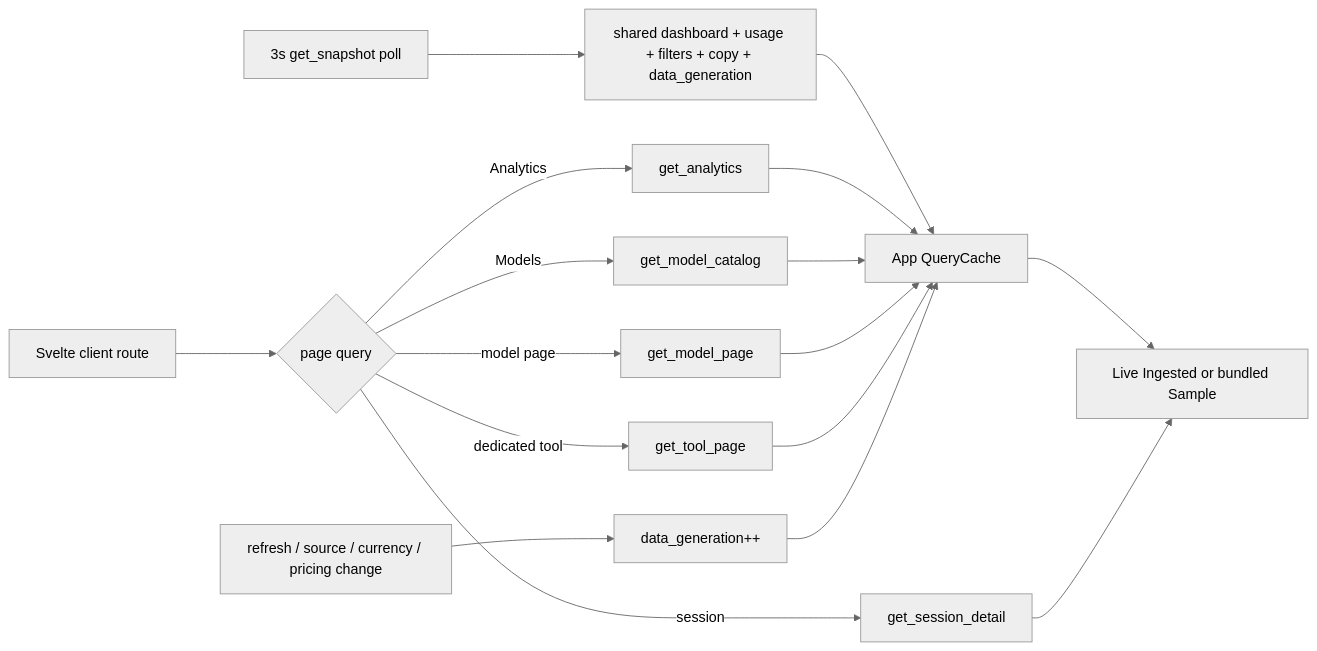
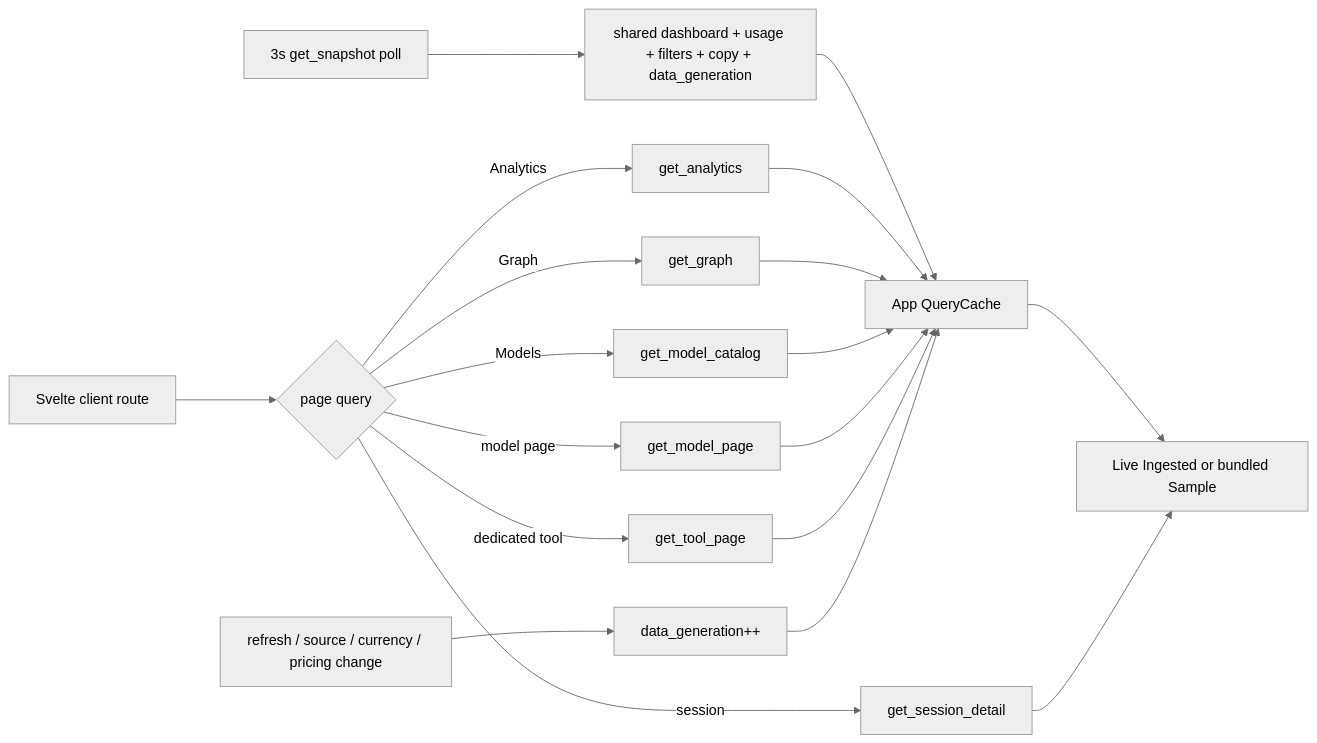
One commit to russmckendrick/tokenuse changed the third of 5 diagrams in docs/development/architecture.md. Above: the diagram before and after it, drawn with Mermaid (neutral theme). The commit also changed other lines of this file and 26 other files, not shown here.

First line of the commit message:
✨ feat(desktop): add 3d graph explorer and docs

````diff
--- a/docs/development/architecture.md
+++ b/docs/development/architecture.md
@@ -123,19 +123,21 @@
 ```mermaid
 flowchart LR
     Poll[3s get_snapshot poll] --> Snap[shared dashboard + usage + filters + copy + data_generation]
     Route[Svelte client route] --> Q{page query}
     Q -->|Analytics| A[get_analytics]
+    Q -->|Graph| G[get_graph]
     Q -->|Models| M[get_model_catalog]
     Q -->|model page| MP[get_model_page]
     Q -->|dedicated tool| TP[get_tool_page]
     Q -->|session| S[get_session_detail]
     Snap --> Cache[App QueryCache]
     A --> Cache
+    G --> Cache
     M --> Cache
     MP --> Cache
     TP --> Cache
     Cache --> Ingested[Live Ingested or bundled Sample]
     S --> Ingested
     Refresh[refresh / source / currency / pricing change] --> Gen[data_generation++]
     Gen --> Cache
 ```
````
